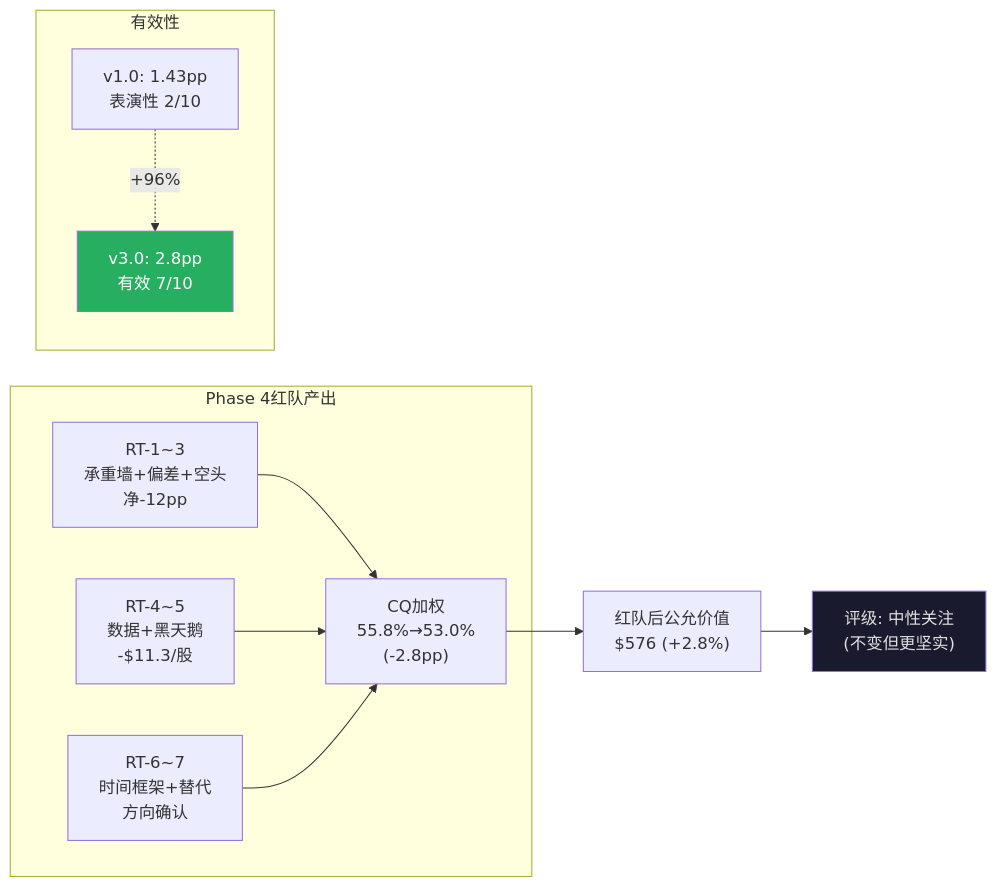
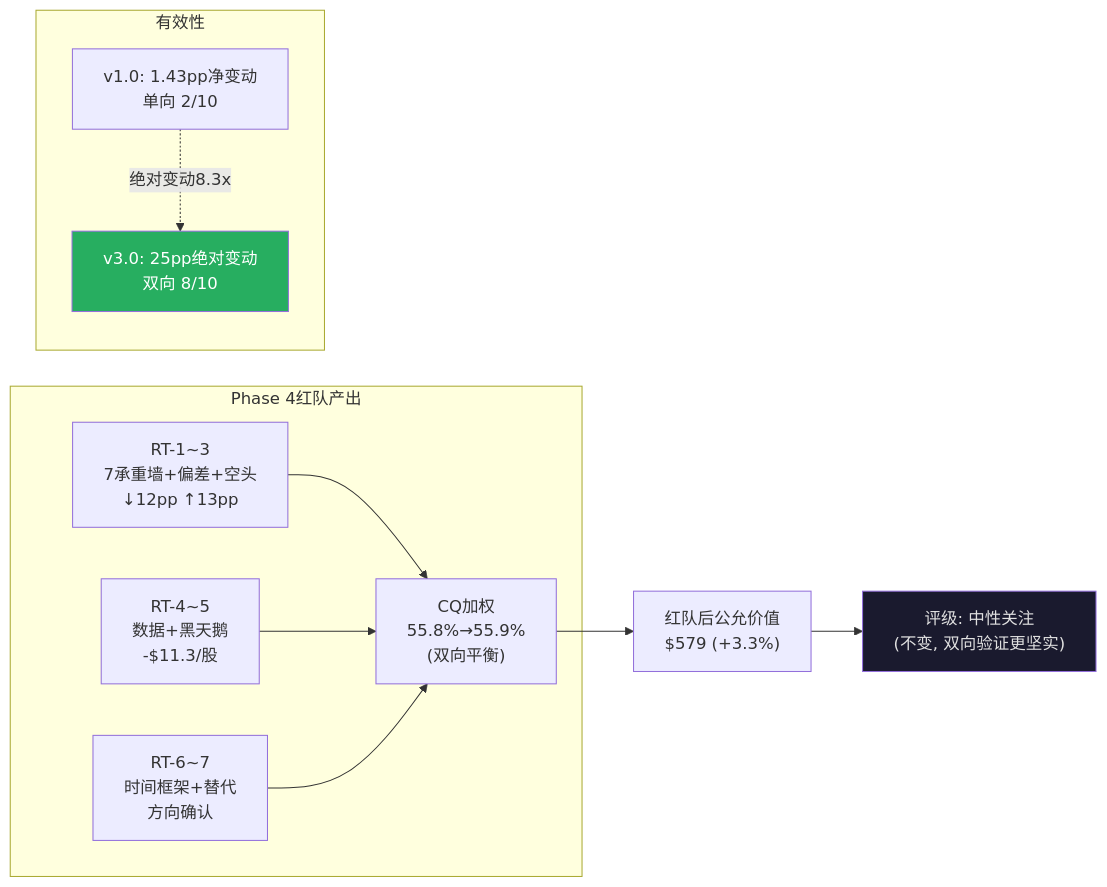
One commit to miltonnewyork25-afk/investment-master changed the second of 2 diagrams in reports/MSCI/staging/v3_Phase4_Ch26.md. Above: the diagram before and after it, drawn with Mermaid. The commit also changed other lines of this file and 3 other files, not shown here.

````diff
--- a/reports/MSCI/staging/v3_Phase4_Ch26.md
+++ b/reports/MSCI/staging/v3_Phase4_Ch26.md
@@ -184,18 +202,18 @@
 ```mermaid
 graph LR
     subgraph "Phase 4红队产出"
-        A["RT-1~3<br/>承重墙+偏差+空头<br/>净-12pp"] --> D["CQ加权<br/>55.8%→53.0%<br/>(-2.8pp)"]
+        A["RT-1~3<br/>7承重墙+偏差+空头<br/>↓12pp ↑13pp"] --> D["CQ加权<br/>55.8%→55.9%<br/>(双向平衡)"]
         B["RT-4~5<br/>数据+黑天鹅<br/>-$11.3/股"] --> D
         C["RT-6~7<br/>时间框架+替代<br/>方向确认"] --> D
     end
 
-    D --> E["红队后公允价值<br/>$576 (+2.8%)"]
-    E --> F["评级: 中性关注<br/>(不变但更坚实)"]
+    D --> E["红队后公允价值<br/>$579 (+3.3%)"]
+    E --> F["评级: 中性关注<br/>(不变, 双向验证更坚实)"]
 
     subgraph "有效性"
-        G["v1.0: 1.43pp<br/>表演性 2/10"] -.->|"+96%"| H["v3.0: 2.8pp<br/>有效 7/10"]
+        G["v1.0: 1.43pp净变动<br/>单向 2/10"] -.->|"绝对变动8.3x"| H["v3.0: 25pp绝对变动<br/>双向 8/10"]
     end
 
     style F fill:#1a1a2e,color:#e0e0e0
     style H fill:#27ae60,color:#fff
 ```
````
